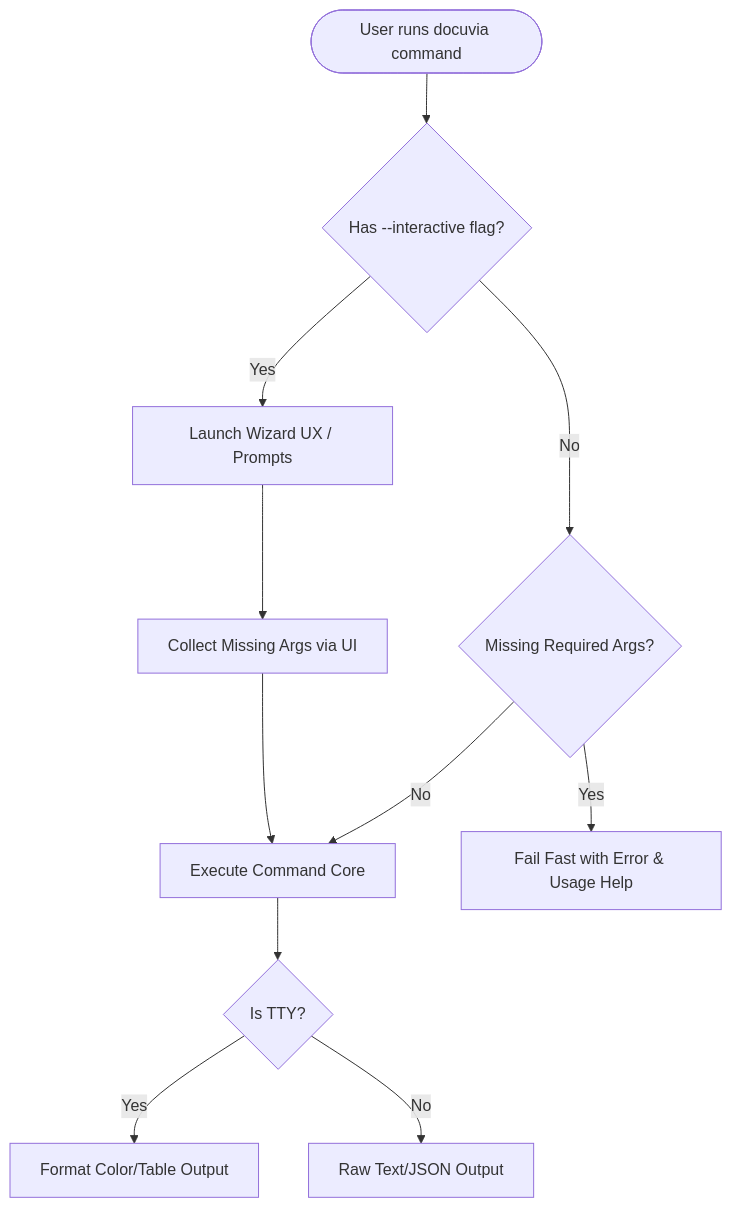
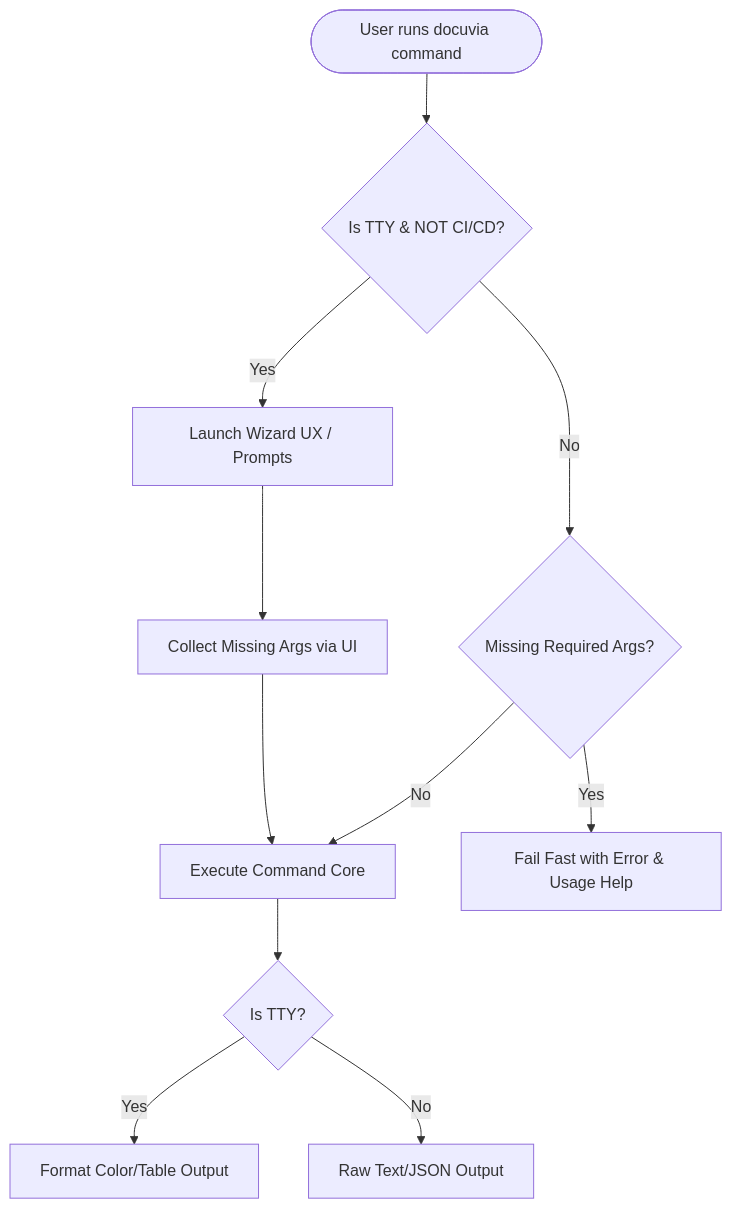
One commit to dyphn1/Docuvia changed the diagram in docs/gitbook/adr/interface/IFCE-001-wizard-style-interactive-cli.md. Above: the diagram before and after it, drawn with Mermaid. The commit also changed other lines of this file and 10 other files, not shown here.

````diff
--- a/docs/gitbook/adr/interface/IFCE-001-wizard-style-interactive-cli.md
+++ b/docs/gitbook/adr/interface/IFCE-001-wizard-style-interactive-cli.md
@@ -28,16 +28,16 @@
 ```mermaid
 flowchart TD
-    Start([User runs docuvia command]) --> CheckFlag{Has --interactive flag?}
+    Start([User runs docuvia command]) --> CheckEnv{Is TTY & NOT CI/CD?}
 
-    CheckFlag -- Yes --> Wizard[Launch Wizard UX / Prompts]
+    CheckEnv -- Yes --> Wizard[Launch Wizard UX / Prompts]
     Wizard --> Collect[Collect Missing Args via UI]
     Collect --> Exec[Execute Command Core]
 
-    CheckFlag -- No --> CheckArgs{Missing Required Args?}
+    CheckEnv -- No --> CheckArgs{Missing Required Args?}
     CheckArgs -- Yes --> Fail[Fail Fast with Error & Usage Help]
     CheckArgs -- No --> Exec
 
     Exec --> Output{Is TTY?}
     Output -- Yes --> Pretty[Format Color/Table Output]
     Output -- No --> Raw[Raw Text/JSON Output]
 ```
````
